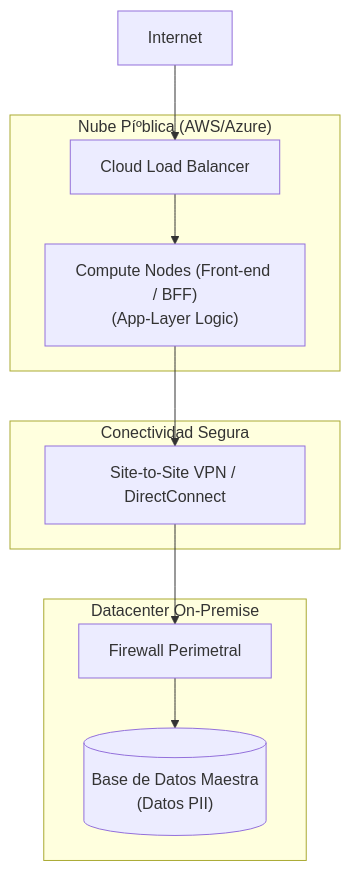
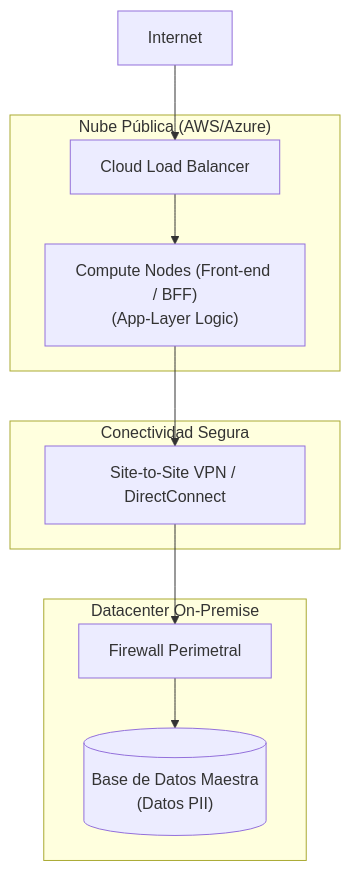
One commit to beyondnetcode/arc32_progresive_monolith changed the fourth of 4 diagrams in architecture/blueprints-es/multi-cloud-deployment-scenarios.md. Above: the diagram before and after it, drawn with Mermaid. The commit also changed other lines of this file and 328 other files, not shown here.

Commit message:
chore: update and synchronize governance, architecture, and SDLC documentation across multiple languages

````diff
--- a/architecture/blueprints-es/multi-cloud-deployment-scenarios.md
+++ b/architecture/blueprints-es/multi-cloud-deployment-scenarios.md
@@ -259,20 +259,20 @@
 ```mermaid
 graph TD
-    subgraph PublicCloud["Nube Píºblica (AWS/Azure)"]
-        LB["Cloud Load Balancer"]
-        AppNodes["Compute Nodes (Front-end / BFF)\n(App-Layer Logic)"]
-    end
-    subgraph Conex["Conectividad Segura"]
-        VPN["Site-to-Site VPN / DirectConnect"]
-    end
-    subgraph OnPrem["Datacenter On-Premise"]
-        SecFW["Firewall Perimetral"]
-        CoreDB[("Base de Datos Maestra\n(Datos PII)")]
-    end
-    
-    Internet --> LB
-    LB --> AppNodes
-    AppNodes --> VPN
-    VPN --> SecFW
-    SecFW --> CoreDB
+ subgraph PublicCloud["Nube Pública (AWS/Azure)"]
+ LB["Cloud Load Balancer"]
+ AppNodes["Compute Nodes (Front-end / BFF)\n(App-Layer Logic)"]
+ end
+ subgraph Conex["Conectividad Segura"]
+ VPN["Site-to-Site VPN / DirectConnect"]
+ end
+ subgraph OnPrem["Datacenter On-Premise"]
+ SecFW["Firewall Perimetral"]
+ CoreDB[("Base de Datos Maestra\n(Datos PII)")]
+ end
+ 
+ Internet --> LB
+ LB --> AppNodes
+ AppNodes --> VPN
+ VPN --> SecFW
+ SecFW --> CoreDB
 ```
````
